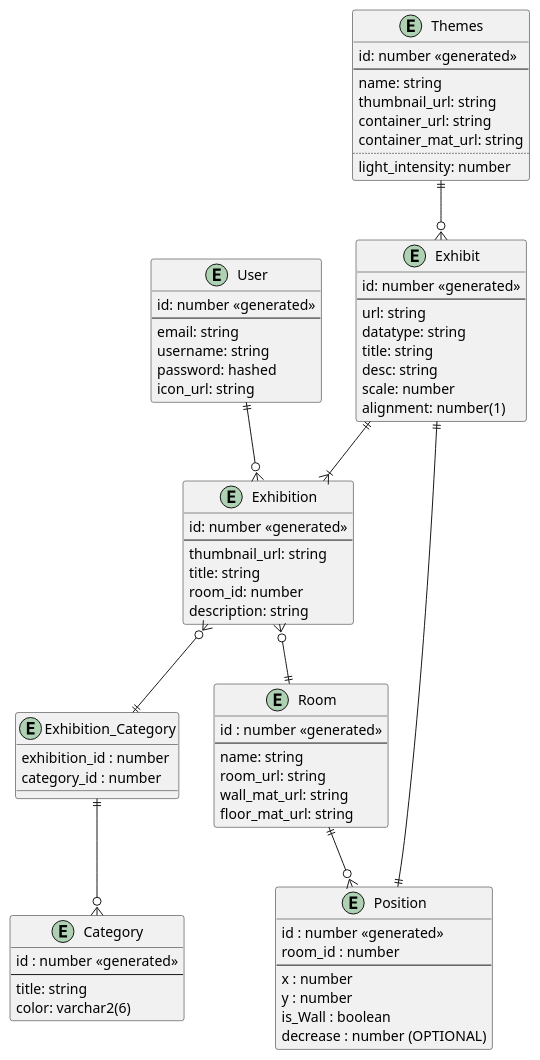
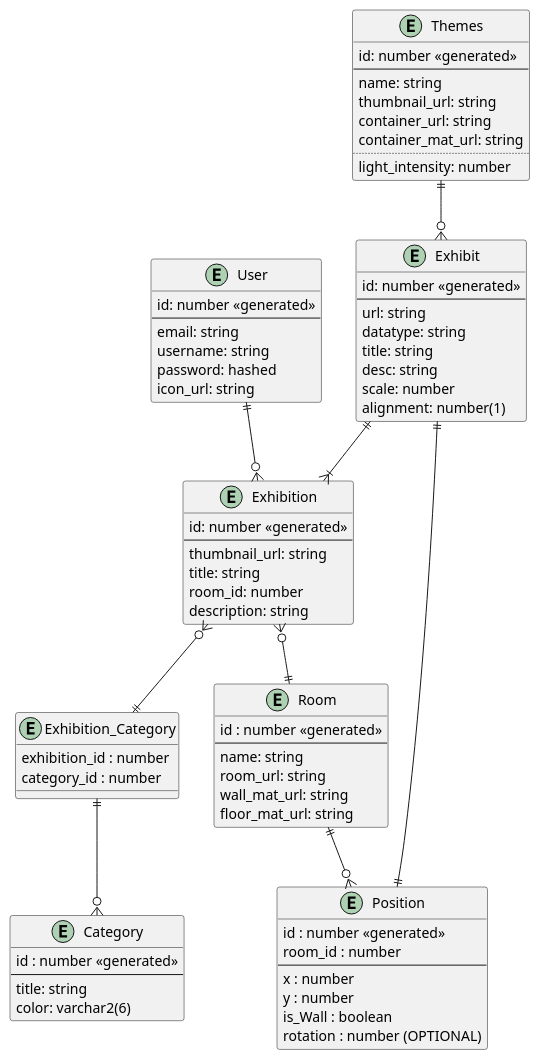
The diagram in ERD/erd.wsd (L0R3N7/3D-Portfolio-Gallery), drawn with PlantUML before and after one commit.

Commit message:
changed field in ERD

```diff
--- a/ERD/erd.wsd
+++ b/ERD/erd.wsd
@@ -1,80 +1,80 @@
 @startuml DA-Klassendiagramm
 entity User {
     id: number <<generated>>
     --
     email: string
     username: string
     password: hashed
     icon_url: string
 }
 
 entity Exhibition {
     id: number <<generated>>
     --
     thumbnail_url: string
     title: string
     room_id: number
     description: string
 }
 entity Themes {
     id: number <<generated>>
     --
     name: string
     thumbnail_url: string
     container_url: string
     container_mat_url: string
     ..
     light_intensity: number
 }
 
 entity Room {
     id : number <<generated>>
     --
     name: string
     room_url: string
     wall_mat_url: string
     floor_mat_url: string
 }
 
 entity Position{
     id : number <<generated>>
     room_id : number
     ---
     x : number
     y : number
     is_Wall : boolean
-    decrease : number (OPTIONAL)
+    rotation : number (OPTIONAL)
 }
 
 entity Exhibition_Category {
     exhibition_id : number
     category_id : number
 }
 
 entity Category{
    id : number <<generated>>
    --
    title: string
    color: varchar2(6)
 }
 
 entity Exhibit {
     id: number <<generated>> 
     --
     url: string
     datatype: string
     title: string
     desc: string
     scale: number
     alignment: number(1)
 }
 
 User ||--o{ Exhibition
 Exhibit ||--|{Exhibition
 Exhibit ||--|| Position
 Exhibition }o--|| Exhibition_Category
 Exhibition_Category ||--o{ Category
 Room ||--o{ Position
 Exhibition }o--|| Room
 Themes ||--o{ Exhibit
 @enduml
```
